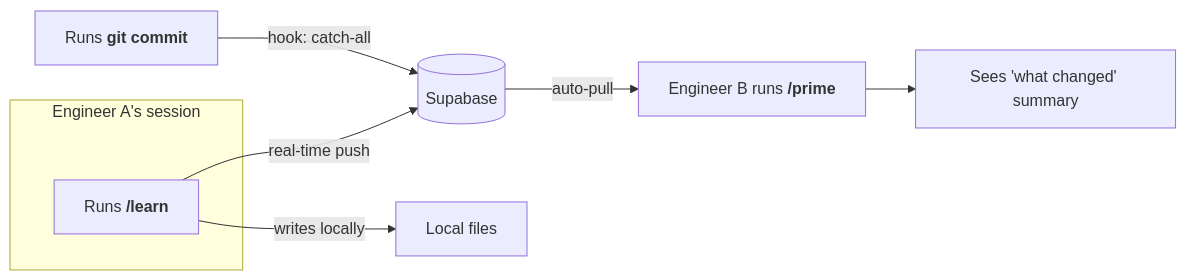
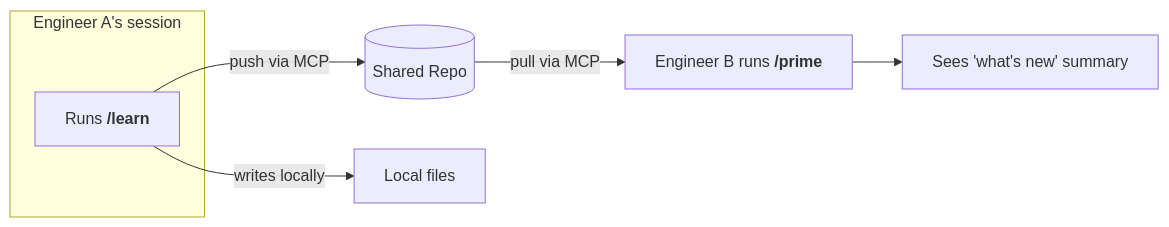
One commit to araserel/sigil-os changed the third of 3 diagrams in prism-plugin/docs/multi-team-workflow.md. Above: the diagram before and after it, drawn with Mermaid. The commit also changed other lines of this file and 19 other files, not shown here.

First line of the commit message:
feat: Complete S2-101 shared context infrastructure (all phases)

````diff
--- a/prism-plugin/docs/multi-team-workflow.md
+++ b/prism-plugin/docs/multi-team-workflow.md
@@ -122,15 +101,13 @@
 ```mermaid
 flowchart LR
     subgraph SessionA["Engineer A's session"]
         CAPTURE["`Runs **/learn**`"]
     end
 
-    CAPTURE -->|"real-time push"| DB3[("Supabase")]
+    CAPTURE -->|"push via MCP"| REPO[("Shared Repo")]
     CAPTURE -->|"writes locally"| LOCAL["Local files"]
 
-    COMMIT["`Runs **git commit**`"] -->|"hook: catch-all"| DB3
+    REPO -->|"pull via MCP"| SessionB["`Engineer B runs **/prime**`"]
 
-    DB3 -->|"auto-pull"| SessionB["`Engineer B runs **/prime**`"]
-
-    SessionB --> READY["Sees 'what changed' summary"]
+    SessionB --> READY["Sees 'what's new' summary"]
 ```
````
